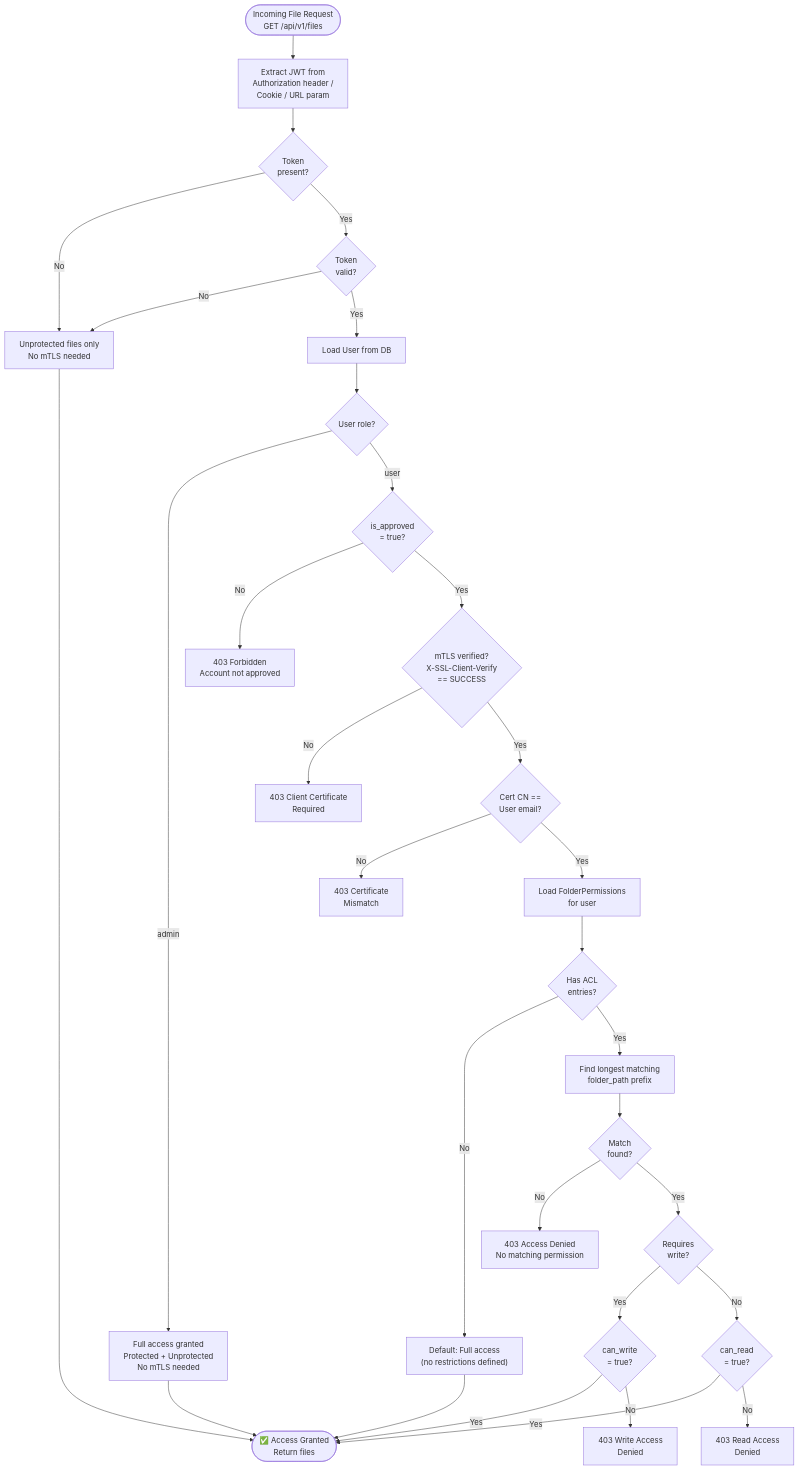
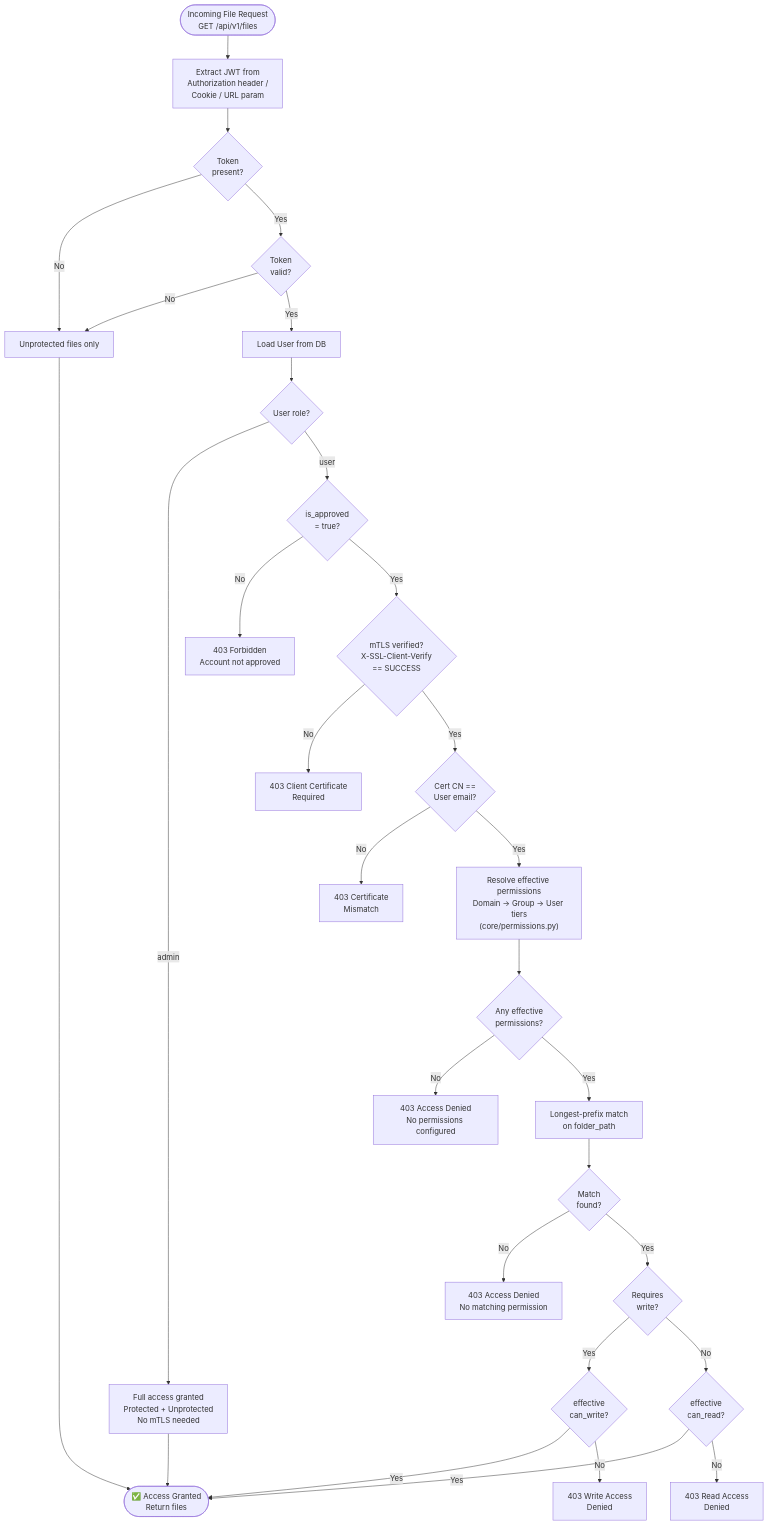
One commit to andreas-04/thumbs-up changed the sixth of 8 diagrams in docs/diagrams.md. Above: the diagram before and after it, drawn with Mermaid. The commit also changed other lines of this file, not shown here.

First line of the commit message:
Update diagrams to reflect RBAC refactoring

````diff
--- a/docs/diagrams.md
+++ b/docs/diagrams.md
@@ -251,74 +311,73 @@
 ```mermaid
 flowchart TD
     Start(["Incoming File Request<br/>GET /api/v1/files"])
     ExtractToken["Extract JWT from<br/>Authorization header /<br/>Cookie / URL param"]
     HasToken{Token<br/>present?}
     ValidToken{Token<br/>valid?}
     GetUser["Load User from DB"]
     CheckRole{User role?}
 
     %% Admin path
     AdminAccess["Full access granted<br/>Protected + Unprotected<br/>No mTLS needed"]
 
     %% User path
     CheckApproved{is_approved<br/>= true?}
     DenyUnapproved["403 Forbidden<br/>Account not approved"]
     CheckmTLS{mTLS verified?<br/>X-SSL-Client-Verify<br/>== SUCCESS}
     DenyCert["403 Client Certificate<br/>Required"]
     CheckCN{Cert CN ==<br/>User email?}
     DenyMismatch["403 Certificate<br/>Mismatch"]
 
-    %% ACL check
-    CheckACL["Load FolderPermissions<br/>for user"]
-    HasPerms{Has ACL<br/>entries?}
-    FullDefault["Default: Full access<br/>(no restrictions defined)"]
-    FindMatch["Find longest matching<br/>folder_path prefix"]
+    %% Layered ACL check
+    ResolvePerms["Resolve effective permissions<br/>Domain → Group → User tiers<br/>(core/permissions.py)"]
+    HasPerms{Any effective<br/>permissions?}
+    DenyNoPerms["403 Access Denied<br/>No permissions configured"]
+    FindMatch["Longest-prefix match<br/>on folder_path"]
     HasMatch{Match<br/>found?}
     DenyACL["403 Access Denied<br/>No matching permission"]
     CheckReadWrite{Requires<br/>write?}
-    CheckWritePerm{can_write<br/>= true?}
-    CheckReadPerm{can_read<br/>= true?}
+    CheckWritePerm{effective<br/>can_write?}
+    CheckReadPerm{effective<br/>can_read?}
     DenyWrite["403 Write Access<br/>Denied"]
     DenyRead["403 Read Access<br/>Denied"]
     GrantAccess(["✅ Access Granted<br/>Return files"])
 
-    %% Guest path
-    GuestAccess["Unprotected files only<br/>No mTLS needed"]
+    %% Unauthenticated path
+    PublicAccess["Unprotected files only"]
 
     Start --> ExtractToken --> HasToken
-    HasToken -->|No| GuestAccess
+    HasToken -->|No| PublicAccess
     HasToken -->|Yes| ValidToken
-    ValidToken -->|No| GuestAccess
+    ValidToken -->|No| PublicAccess
     ValidToken -->|Yes| GetUser --> CheckRole
 
     CheckRole -->|admin| AdminAccess
     CheckRole -->|user| CheckApproved
 
     CheckApproved -->|No| DenyUnapproved
     CheckApproved -->|Yes| CheckmTLS
 
     CheckmTLS -->|No| DenyCert
     CheckmTLS -->|Yes| CheckCN
 
     CheckCN -->|No| DenyMismatch
-    CheckCN -->|Yes| CheckACL
+    CheckCN -->|Yes| ResolvePerms
 
-    CheckACL --> HasPerms
-    HasPerms -->|No| FullDefault
+    ResolvePerms --> HasPerms
+    HasPerms -->|No| DenyNoPerms
     HasPerms -->|Yes| FindMatch --> HasMatch
     HasMatch -->|No| DenyACL
     HasMatch -->|Yes| CheckReadWrite
 
     CheckReadWrite -->|Yes| CheckWritePerm
     CheckReadWrite -->|No| CheckReadPerm
 
     CheckWritePerm -->|Yes| GrantAccess
     CheckWritePerm -->|No| DenyWrite
 
     CheckReadPerm -->|Yes| GrantAccess
     CheckReadPerm -->|No| DenyRead
 
-    FullDefault --> GrantAccess
     AdminAccess --> GrantAccess
-    GuestAccess --> GrantAccess
+    PublicAccess --> GrantAccess
 ```
````
